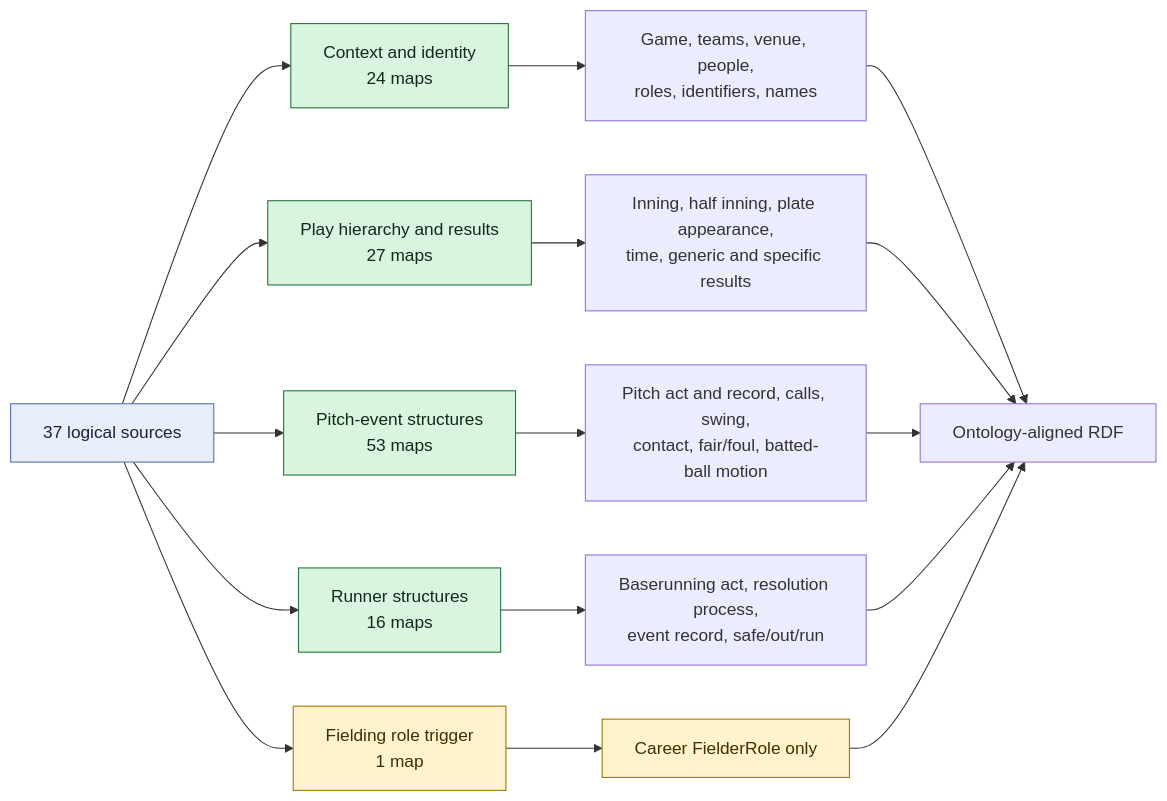
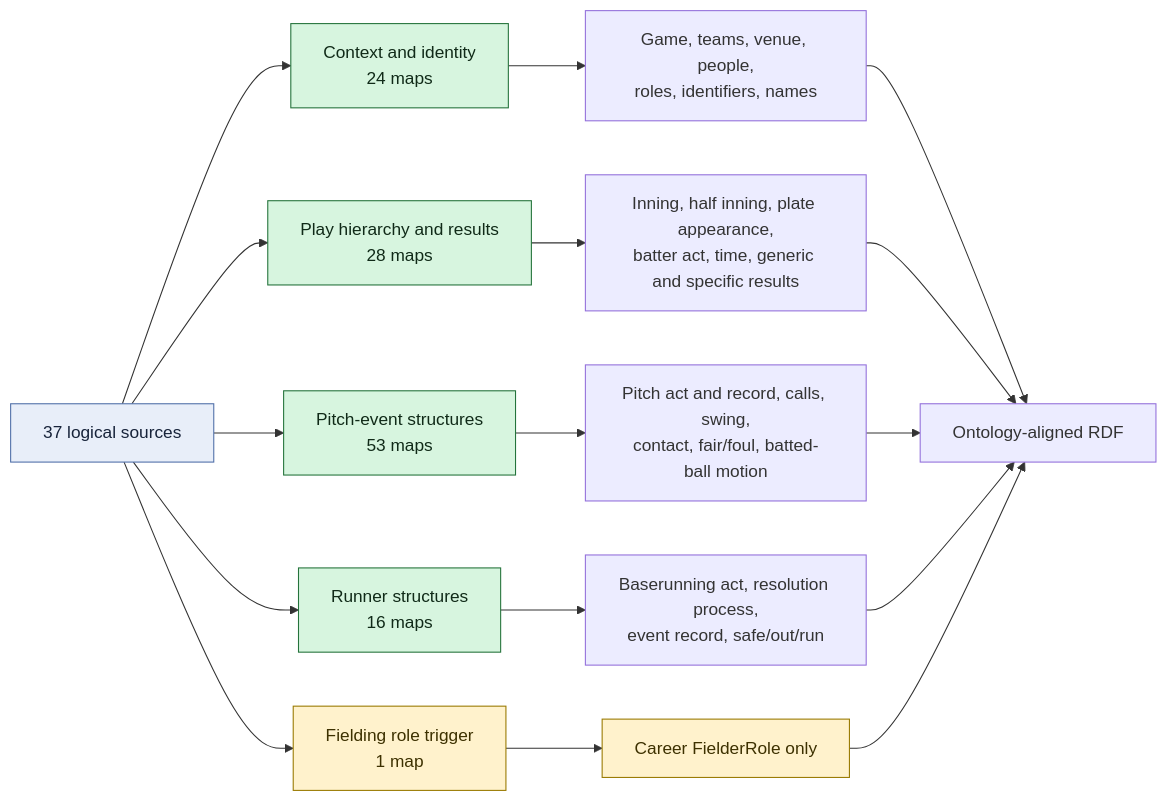
The diagram in mermaid/03-triples-map-families.md (CarterBeauBenson/BaseballO), drawn with Mermaid before and after one commit. The commit also changed other lines of this file and 29 other files, not shown here.

````diff
--- a/mermaid/03-triples-map-families.md
+++ b/mermaid/03-triples-map-families.md
@@ -5,29 +5,29 @@
 ```mermaid
 flowchart LR
     SOURCE["37 logical sources"]
 
     SOURCE --> CONTEXT["Context and identity<br/>24 maps"]
-    SOURCE --> PLAY["Play hierarchy and results<br/>27 maps"]
+    SOURCE --> PLAY["Play hierarchy and results<br/>28 maps"]
     SOURCE --> PITCH["Pitch-event structures<br/>53 maps"]
     SOURCE --> RUNNER["Runner structures<br/>16 maps"]
     SOURCE --> FIELDING["Fielding role trigger<br/>1 map"]
 
     CONTEXT --> C1["Game, teams, venue, people,<br/>roles, identifiers, names"]
-    PLAY --> C2["Inning, half inning, plate appearance,<br/>time, generic and specific results"]
+    PLAY --> C2["Inning, half inning, plate appearance,<br/>batter act, time, generic and specific results"]
     PITCH --> C3["Pitch act and record, calls, swing,<br/>contact, fair/foul, batted-ball motion"]
     RUNNER --> C4["Baserunning act, resolution process,<br/>event record, safe/out/run"]
     FIELDING --> C5["Career FielderRole only"]
 
     C1 --> RDF["Ontology-aligned RDF"]
     C2 --> RDF
     C3 --> RDF
     C4 --> RDF
     C5 --> RDF
 
     classDef source fill:#e8eef9,stroke:#4f6fa8,color:#17233a;
     classDef mapped fill:#d7f5df,stroke:#24733b,color:#102a18;
     classDef partial fill:#fff2cc,stroke:#997a00,color:#3d3100;
     class SOURCE source;
     class CONTEXT,PLAY,PITCH,RUNNER mapped;
     class FIELDING,C5 partial;
 ```
````
